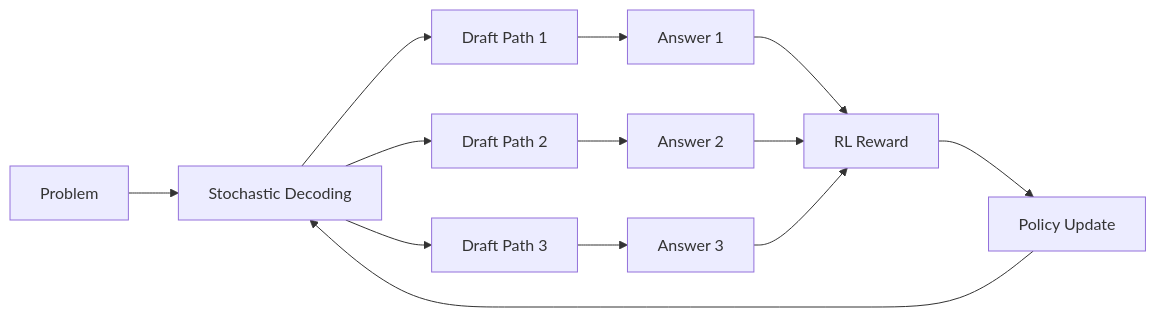
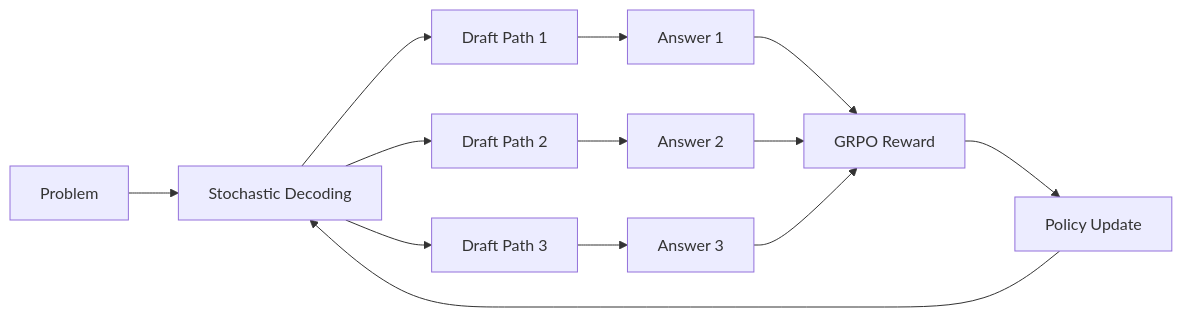
Before and after one commit to dylanler/dylanler.github.io: the second of 4 diagrams in dylan-blog/content/posts/chain-of-draft-with-semantically-diverse-thinking-tokens.md, drawn with Mermaid. The commit also changed other lines of this file, not shown here.

````diff
--- a/dylan-blog/content/posts/chain-of-draft-with-semantically-diverse-thinking-tokens.md
+++ b/dylan-blog/content/posts/chain-of-draft-with-semantically-diverse-thinking-tokens.md
@@ -88,15 +90,15 @@
 ```mermaid
 graph LR
     A[Problem] --> B[Stochastic Decoding]
     B --> C1[Draft Path 1]
     B --> C2[Draft Path 2]
     B --> C3[Draft Path 3]
     C1 --> D1[Answer 1]
     C2 --> D2[Answer 2]
     C3 --> D3[Answer 3]
-    D1 --> E[RL Reward]
+    D1 --> E[GRPO Reward]
     D2 --> E
     D3 --> E
     E --> F[Policy Update]
     F --> B
 ```
````
